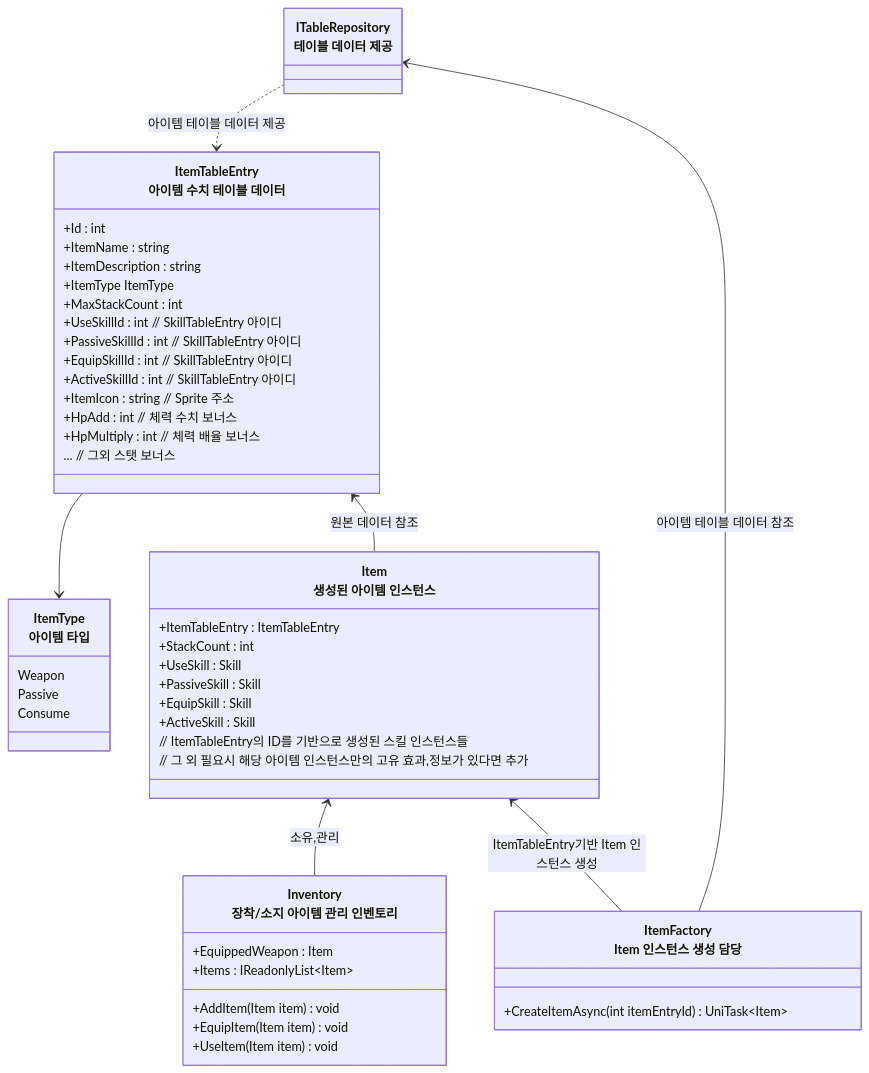
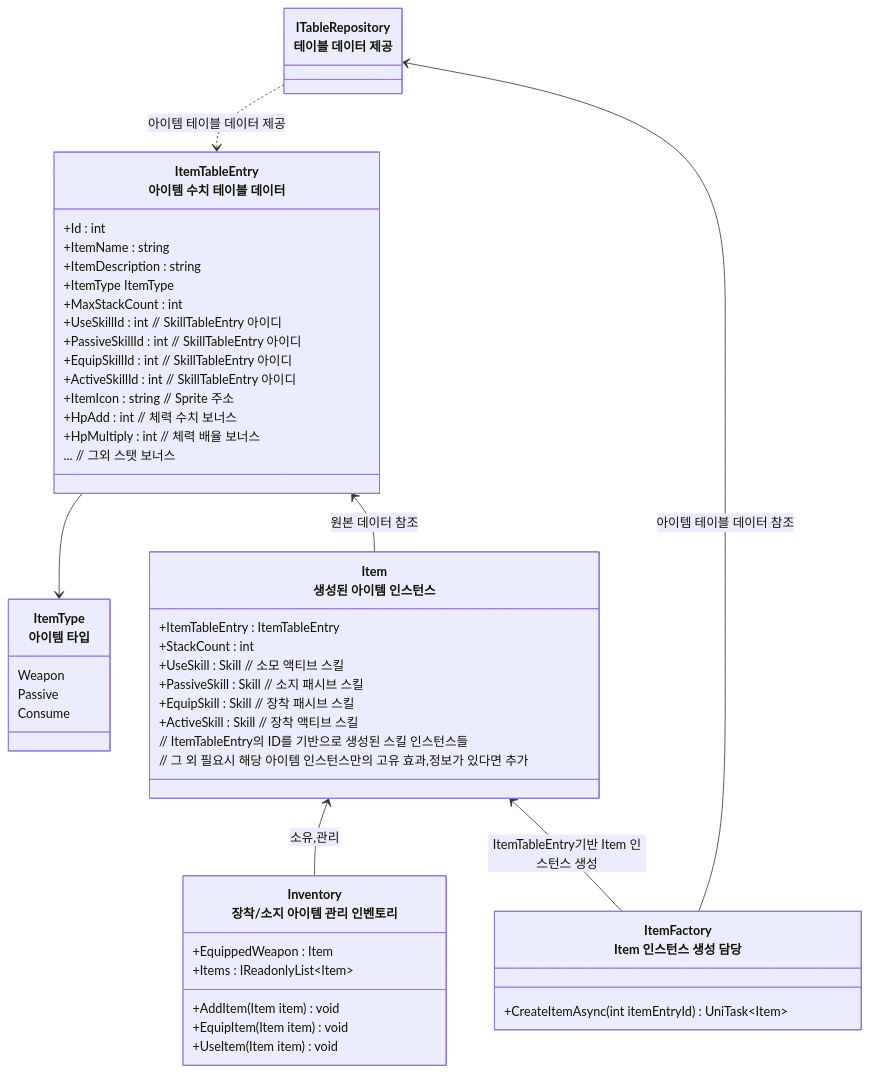
The first of 2 diagrams in README/아이템,인벤토리_설계.md (JIN5EOK/DungeonShooter), drawn with Mermaid before and after one commit. The commit also changed other lines of this file and 1 other file, not shown here.

````diff
--- a/README/아이템,인벤토리_설계.md
+++ b/README/아이템,인벤토리_설계.md
@@ -27,55 +27,55 @@
 ```mermaid
 classDiagram
 	class ItemType["ItemType<br>아이템 타입"]{
 		Weapon
 		Passive
 		Consume
 	}
     class ItemTableEntry["ItemTableEntry<br>아이템 수치 테이블 데이터"]{
 	    +Id : int
 	    +ItemName : string
         +ItemDescription : string
 	    +ItemType ItemType
 	    +MaxStackCount : int
 	    +UseSkillId : int // SkillTableEntry 아이디
 	    +PassiveSkillId : int // SkillTableEntry 아이디
 	    +EquipSkillId : int // SkillTableEntry 아이디
         +ActiveSkillId : int // SkillTableEntry 아이디
 	    +ItemIcon : string // Sprite 주소
 	    +HpAdd : int // 체력 수치 보너스
 	    +HpMultiply : int // 체력 배율 보너스
 	    ... // 그외 스탯 보너스
     }
     
 	class Item["Item<br>생성된 아이템 인스턴스"]{
         +ItemTableEntry : ItemTableEntry
         +StackCount : int
-        +UseSkill : Skill
-        +PassiveSkill : Skill
-        +EquipSkill : Skill
-        +ActiveSkill : Skill
+        +UseSkill : Skill // 소모 액티브 스킬
+        +PassiveSkill : Skill // 소지 패시브 스킬
+        +EquipSkill : Skill // 장착 패시브 스킬
+        +ActiveSkill : Skill // 장착 액티브 스킬
         // ItemTableEntry의 ID를 기반으로 생성된 스킬 인스턴스들
         // 그 외 필요시 해당 아이템 인스턴스만의 고유 효과,정보가 있다면 추가
     }
 
     class Inventory["Inventory<br>장착/소지 아이템 관리 인벤토리"]{
         +EquippedWeapon : Item
         +Items : IReadonlyList~Item~
         +AddItem(Item item) void
         +EquipItem(Item item) void
         +UseItem(Item item) void
     }
 	
 	class ItemFactory["ItemFactory<br>Item 인스턴스 생성 담당"]{
         +CreateItemAsync(int itemEntryId) UniTask~Item~
     }
 	
 
 	class ITableRepository["ITableRepository<br>테이블 데이터 제공"]
 	ITableRepository ..> ItemTableEntry : 아이템 테이블 데이터 제공    
     ItemTableEntry --> ItemType
     ItemTableEntry <-- Item : 원본 데이터 참조
     Item <-- Inventory : 소유,관리
     Item <-- ItemFactory : ItemTableEntry기반 Item 인스턴스 생성
     ITableRepository <-- ItemFactory : 아이템 테이블 데이터 참조
 ```
````
